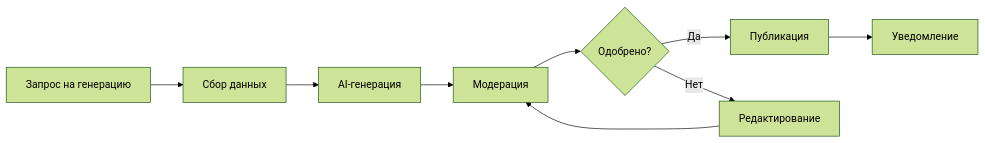
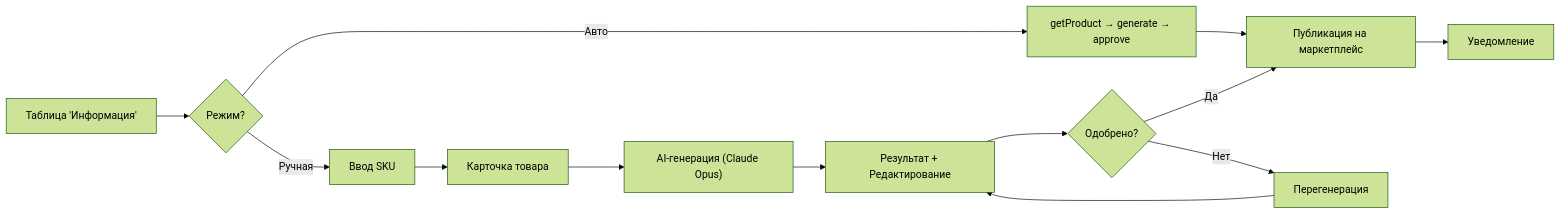
One commit to Sign25/Docs changed the diagram in content_factory/adolf_content_factory_0_introduction.md. Above: the diagram before and after it, drawn with Mermaid (forest theme). The commit also changed other lines of this file and 3 other files, not shown here.

````diff
--- a/content_factory/adolf_content_factory_0_introduction.md
+++ b/content_factory/adolf_content_factory_0_introduction.md
@@ -165,11 +166,15 @@
 ```mermaid
 graph LR
-    A["Запрос на генерацию"] --> B["Сбор данных"]
-    B --> C["AI-генерация"]
-    C --> D["Модерация"]
-    D --> E{"Одобрено?"}
-    E -->|Да| F["Публикация"]
-    E -->|Нет| G["Редактирование"]
-    G --> D
-    F --> H["Уведомление"]
+    A["Таблица 'Информация'"] --> B{"Режим?"}
+    B -->|Авто| C["getProduct → generate → approve"]
+    B -->|Ручная| D["Ввод SKU"]
+    D --> E["Карточка товара"]
+    E --> F["AI-генерация (Claude Opus)"]
+    F --> G["Результат + Редактирование"]
+    G --> H{"Одобрено?"}
+    H -->|Да| I["Публикация на маркетплейс"]
+    H -->|Нет| J["Перегенерация"]
+    J --> G
+    C --> I
+    I --> K["Уведомление"]
 ```
````
